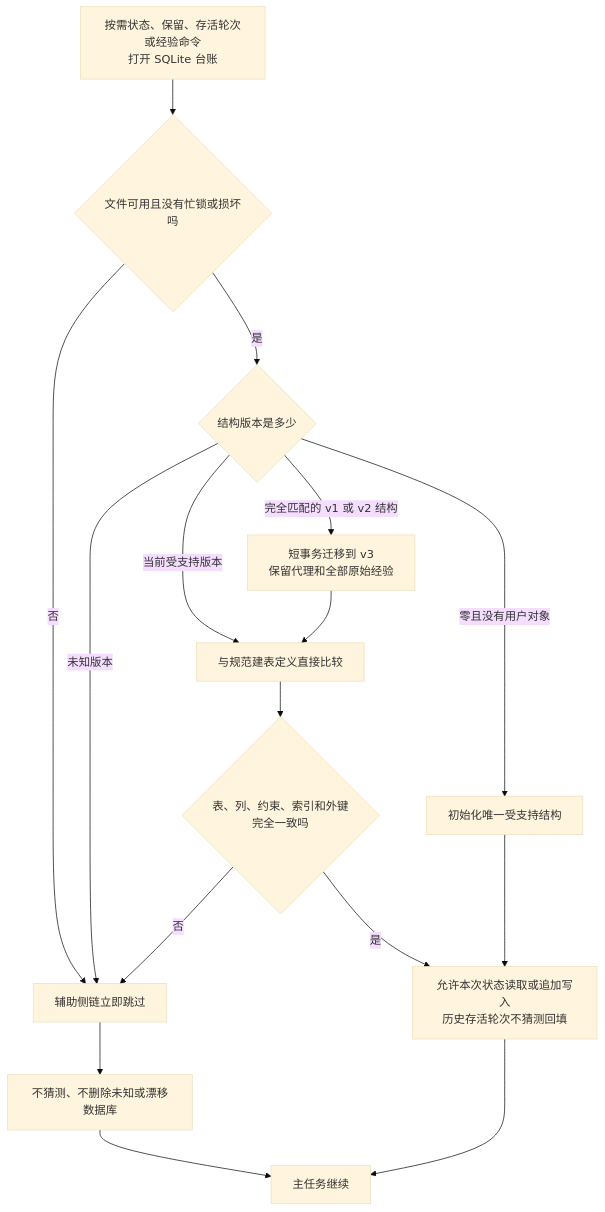
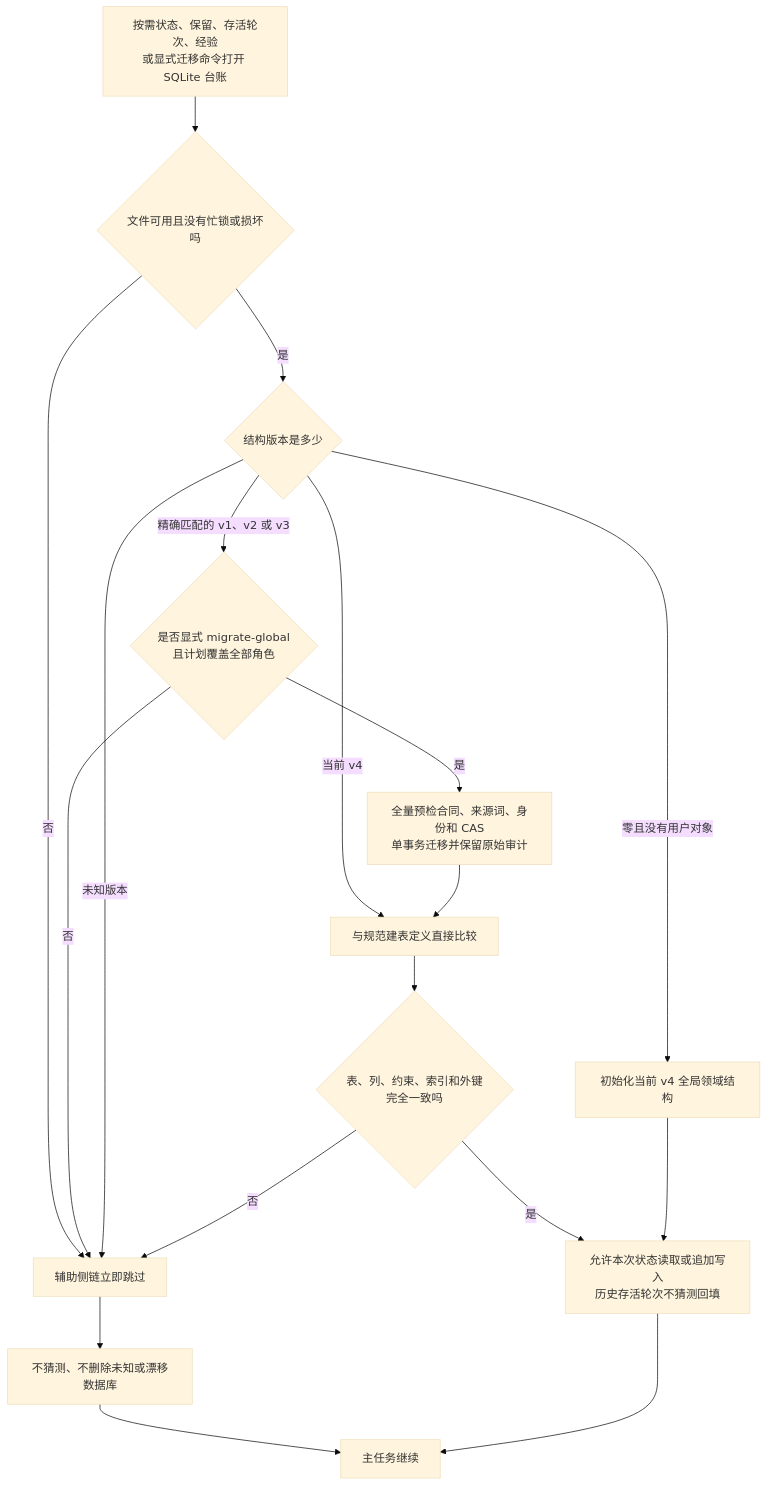
One commit to Lang45/codex-lean-stack changed diagram 11 of 13 in skills/lean-stack/references/flowcharts-zh.md. Above: the diagram before and after it, drawn with Mermaid (base theme). The commit also changed other lines of this file and 14 other files, not shown here.

````diff
--- a/skills/lean-stack/references/flowcharts-zh.md
+++ b/skills/lean-stack/references/flowcharts-zh.md
@@ -547,18 +554,20 @@
 ```mermaid
 flowchart TD
-    A[按需状态、保留、存活轮次或经验命令<br/>打开 SQLite 台账] --> B{文件可用且没有忙锁或损坏吗}
+    A[按需状态、保留、存活轮次、经验<br/>或显式迁移命令打开 SQLite 台账] --> B{文件可用且没有忙锁或损坏吗}
     B -->|否| C[辅助侧链立即跳过]
     B -->|是| D{结构版本是多少}
-    D -->|零且没有用户对象| E[初始化唯一受支持结构]
-    D -->|当前受支持版本| F[与规范建表定义直接比较]
-    D -->|完全匹配的 v1 或 v2 结构| G[短事务迁移到 v3<br/>保留代理和全部原始经验]
-    G --> F
+    D -->|零且没有用户对象| E[初始化当前 v4 全局领域结构]
+    D -->|当前 v4| F[与规范建表定义直接比较]
+    D -->|精确匹配的 v1、v2 或 v3| G{是否显式 migrate-global<br/>且计划覆盖全部角色}
+    G -->|否| C
+    G -->|是| G2[全量预检合同、来源词、身份和 CAS<br/>单事务迁移并保留原始审计]
+    G2 --> F
     D -->|未知版本| C
     F --> H{表、列、约束、索引和外键完全一致吗}
     H -->|是| I[允许本次状态读取或追加写入<br/>历史存活轮次不猜测回填]
     H -->|否| C
     C --> J[不猜测、不删除未知或漂移数据库]
     J --> K[主任务继续]
     E --> I
     I --> K
 ```
````
